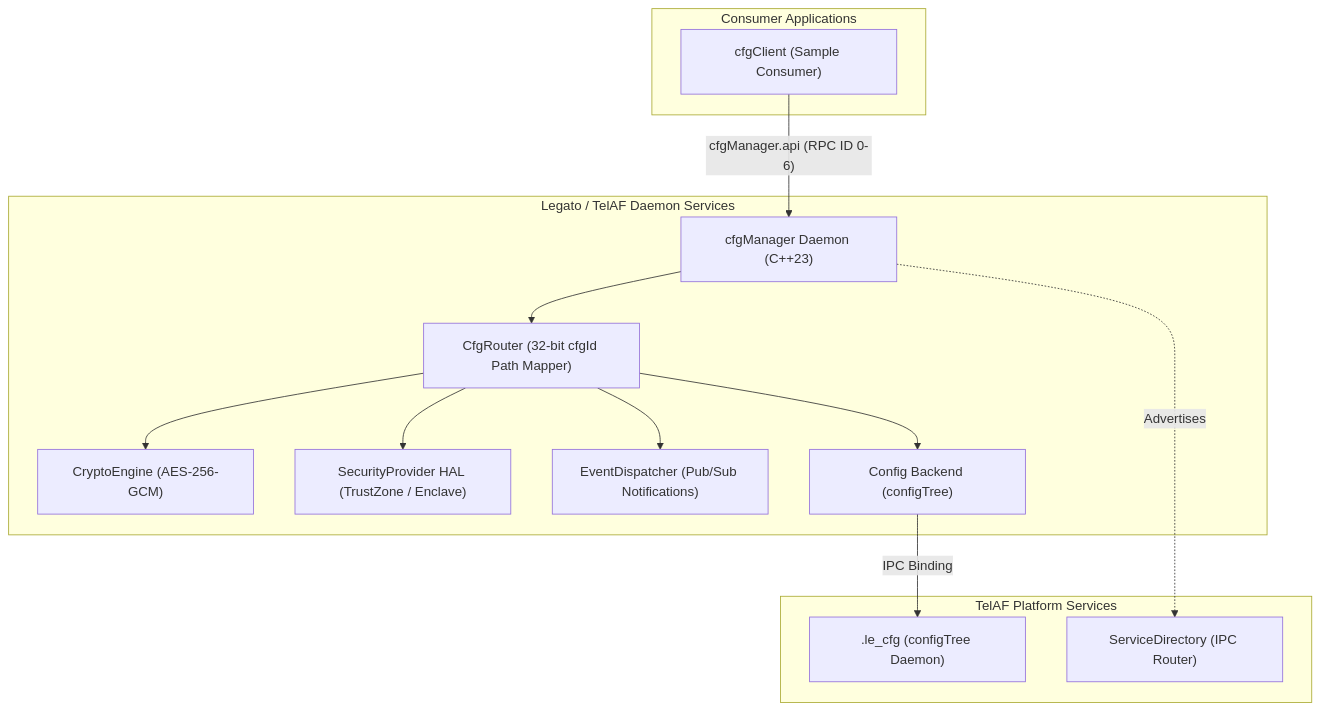
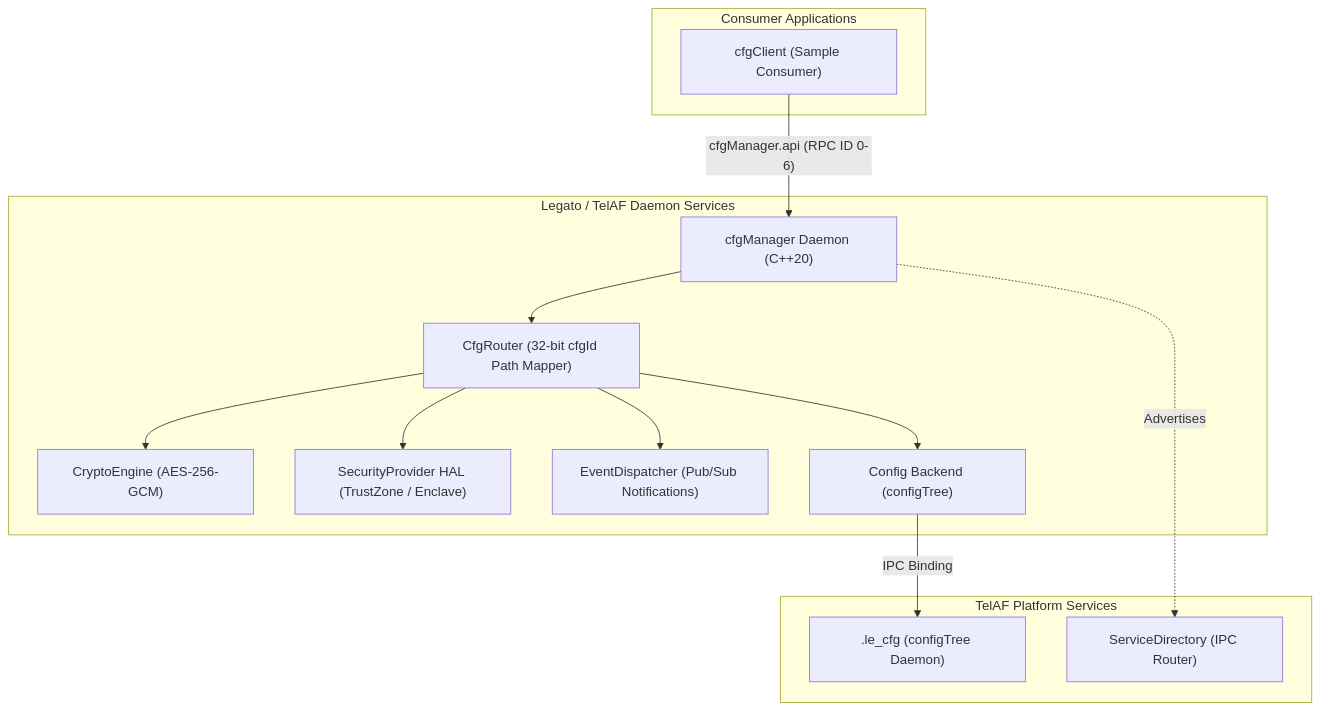
Before and after one commit to vsnam19/legato_rpi: the diagram in README.md, drawn with Mermaid. The commit also changed other lines of this file and 8 other files, not shown here.

````diff
--- a/README.md
+++ b/README.md
@@ -14,29 +14,29 @@
 ```mermaid
 flowchart TD
     subgraph ClientLayer["Consumer Applications"]
         ClientApp["cfgClient (Sample Consumer)"]
     end
 
     subgraph ServiceLayer["Legato / TelAF Daemon Services"]
-        CfgMgr["cfgManager Daemon (C++23)"]
+        CfgMgr["cfgManager Daemon (C++20)"]
         Router["CfgRouter (32-bit cfgId Path Mapper)"]
         Crypto["CryptoEngine (AES-256-GCM)"]
         SecHal["SecurityProvider HAL (TrustZone / Enclave)"]
         EvtDisp["EventDispatcher (Pub/Sub Notifications)"]
         Backends["Config Backend (configTree)"]
     end
 
     subgraph SystemLayer["TelAF Platform Services"]
         TafCfg["<tafcore>.le_cfg (configTree Daemon)"]
         Sdir["ServiceDirectory (IPC Router)"]
     end
 
     ClientApp -- "cfgManager.api (RPC ID 0-6)" --> CfgMgr
     CfgMgr --> Router
     Router --> Crypto
     Router --> SecHal
     Router --> EvtDisp
     Router --> Backends
     Backends -- "IPC Binding" --> TafCfg
     CfgMgr -. "Advertises" .-> Sdir
 ```
````
